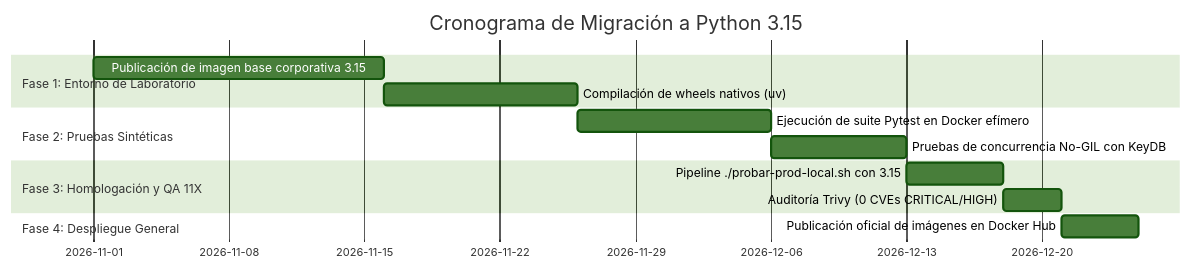
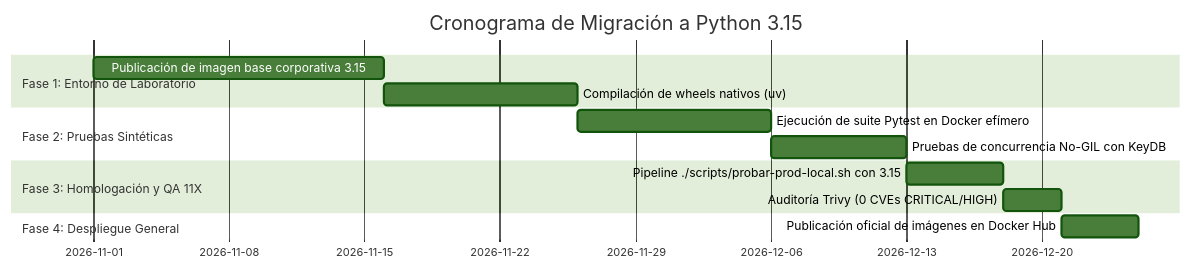
One commit to tecno-consultores/RoSGrid changed the third of 3 diagrams in docs/10_REPORTE_INVESTIGACION_PYTHON_3_15.md. Above: the diagram before and after it, drawn with Mermaid (forest theme). The commit also changed 38 other files, not shown here.

````diff
--- a/docs/10_REPORTE_INVESTIGACION_PYTHON_3_15.md
+++ b/docs/10_REPORTE_INVESTIGACION_PYTHON_3_15.md
@@ -194,16 +194,16 @@
 ```mermaid
 gantt
     title Cronograma de Migración a Python 3.15
     dateFormat  YYYY-MM-DD
     section Fase 1: Entorno de Laboratorio
     Publicación de imagen base corporativa 3.15       :a1, 2026-11-01, 15d
     Compilación de wheels nativos (uv)                 :a2, after a1, 10d
     section Fase 2: Pruebas Sintéticas
     Ejecución de suite Pytest en Docker efímero        :b1, after a2, 10d
     Pruebas de concurrencia No-GIL con KeyDB           :b2, after b1, 7d
     section Fase 3: Homologación y QA 11X
-    Pipeline ./probar-prod-local.sh con 3.15           :c1, after b2, 5d
+    Pipeline ./scripts/probar-prod-local.sh con 3.15   :c1, after b2, 5d
     Auditoría Trivy (0 CVEs CRITICAL/HIGH)             :c2, after c1, 3d
     section Fase 4: Despliegue General
     Publicación oficial de imágenes en Docker Hub      :d1, after c2, 4d
 ```
````
